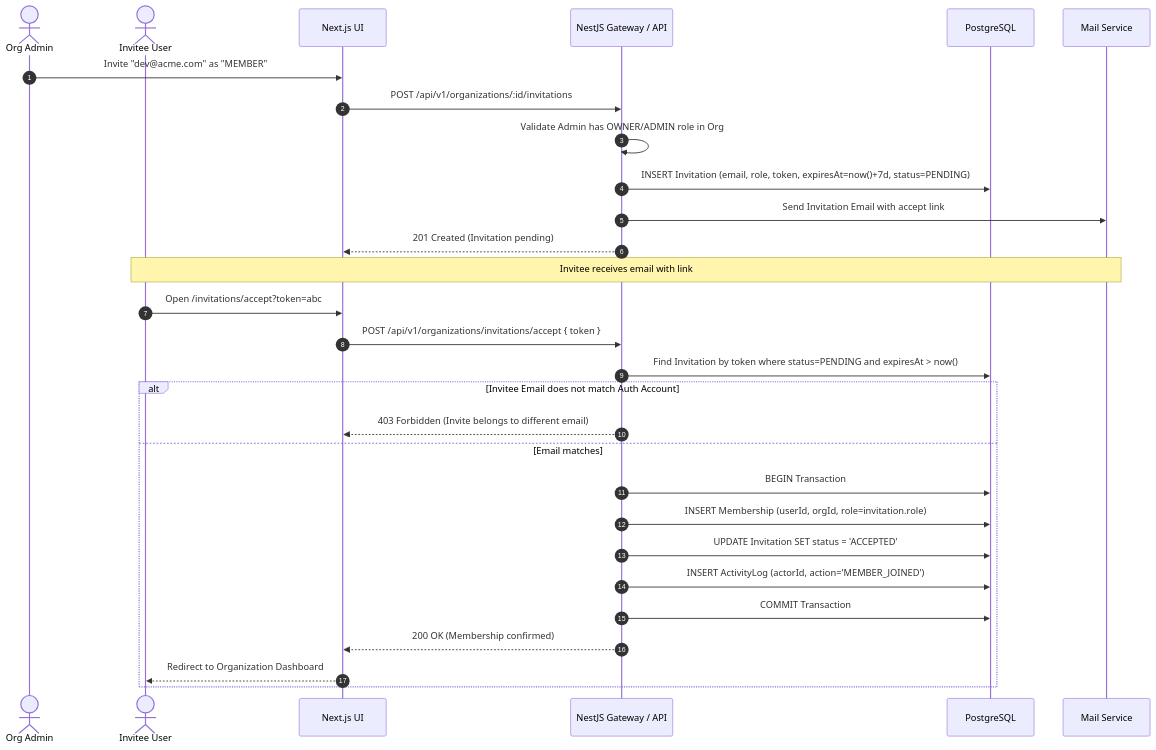
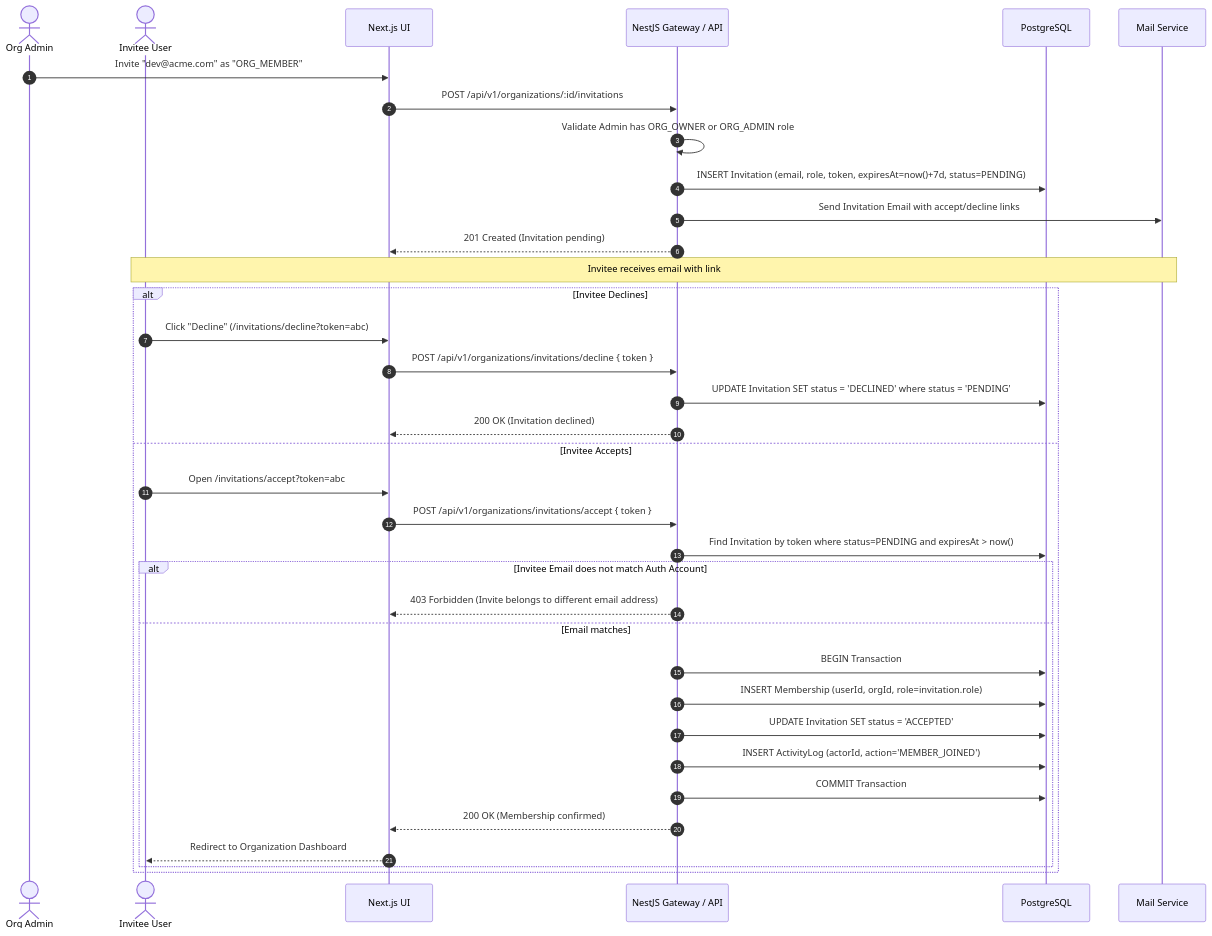
Before and after one commit to Y0oLK/teamflow: the third of 7 diagrams in docs/00-project-overview/user-journeys-and-workflows.md, drawn with Mermaid. The commit also changed other lines of this file and 5 other files, not shown here.

````diff
--- a/docs/00-project-overview/user-journeys-and-workflows.md
+++ b/docs/00-project-overview/user-journeys-and-workflows.md
@@ -79,34 +86,41 @@
 ```mermaid
 sequenceDiagram
     autonumber
     actor Admin as Org Admin
     actor Invitee as Invitee User
     participant Front as Next.js UI
     participant API as NestJS Gateway / API
     participant DB as PostgreSQL
     participant Mail as Mail Service
 
-    Admin->>Front: Invite "dev@acme.com" as "MEMBER"
+    Admin->>Front: Invite "dev@acme.com" as "ORG_MEMBER"
     Front->>API: POST /api/v1/organizations/:id/invitations
-    API->>API: Validate Admin has OWNER/ADMIN role in Org
+    API->>API: Validate Admin has ORG_OWNER or ORG_ADMIN role
     API->>DB: INSERT Invitation (email, role, token, expiresAt=now()+7d, status=PENDING)
-    API->>Mail: Send Invitation Email with accept link
+    API->>Mail: Send Invitation Email with accept/decline links
     API-->>Front: 201 Created (Invitation pending)
 
     Note over Invitee,Mail: Invitee receives email with link
 
-    Invitee->>Front: Open /invitations/accept?token=abc
-    Front->>API: POST /api/v1/organizations/invitations/accept { token }
-    API->>DB: Find Invitation by token where status=PENDING and expiresAt > now()
-    alt Invitee Email does not match Auth Account
-        API-->>Front: 403 Forbidden (Invite belongs to different email)
-    else Email matches
-        API->>DB: BEGIN Transaction
-        API->>DB: INSERT Membership (userId, orgId, role=invitation.role)
-        API->>DB: UPDATE Invitation SET status = 'ACCEPTED'
-        API->>DB: INSERT ActivityLog (actorId, action='MEMBER_JOINED')
-        API->>DB: COMMIT Transaction
-        API-->>Front: 200 OK (Membership confirmed)
-        Front-->>Invitee: Redirect to Organization Dashboard
+    alt Invitee Declines
+        Invitee->>Front: Click "Decline" (/invitations/decline?token=abc)
+        Front->>API: POST /api/v1/organizations/invitations/decline { token }
+        API->>DB: UPDATE Invitation SET status = 'DECLINED' where status = 'PENDING'
+        API-->>Front: 200 OK (Invitation declined)
+    else Invitee Accepts
+        Invitee->>Front: Open /invitations/accept?token=abc
+        Front->>API: POST /api/v1/organizations/invitations/accept { token }
+        API->>DB: Find Invitation by token where status=PENDING and expiresAt > now()
+        alt Invitee Email does not match Auth Account
+            API-->>Front: 403 Forbidden (Invite belongs to different email address)
+        else Email matches
+            API->>DB: BEGIN Transaction
+            API->>DB: INSERT Membership (userId, orgId, role=invitation.role)
+            API->>DB: UPDATE Invitation SET status = 'ACCEPTED'
+            API->>DB: INSERT ActivityLog (actorId, action='MEMBER_JOINED')
+            API->>DB: COMMIT Transaction
+            API-->>Front: 200 OK (Membership confirmed)
+            Front-->>Invitee: Redirect to Organization Dashboard
+        end
     end
 ```
````
